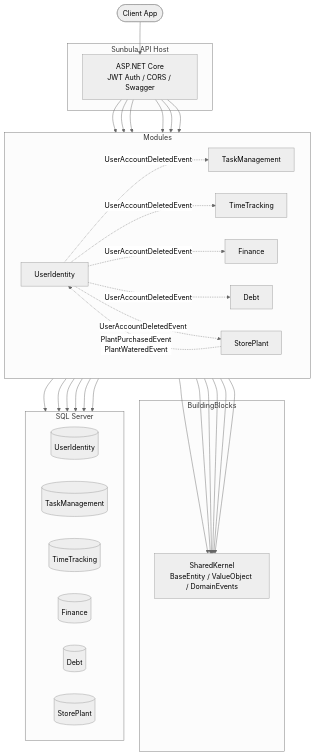
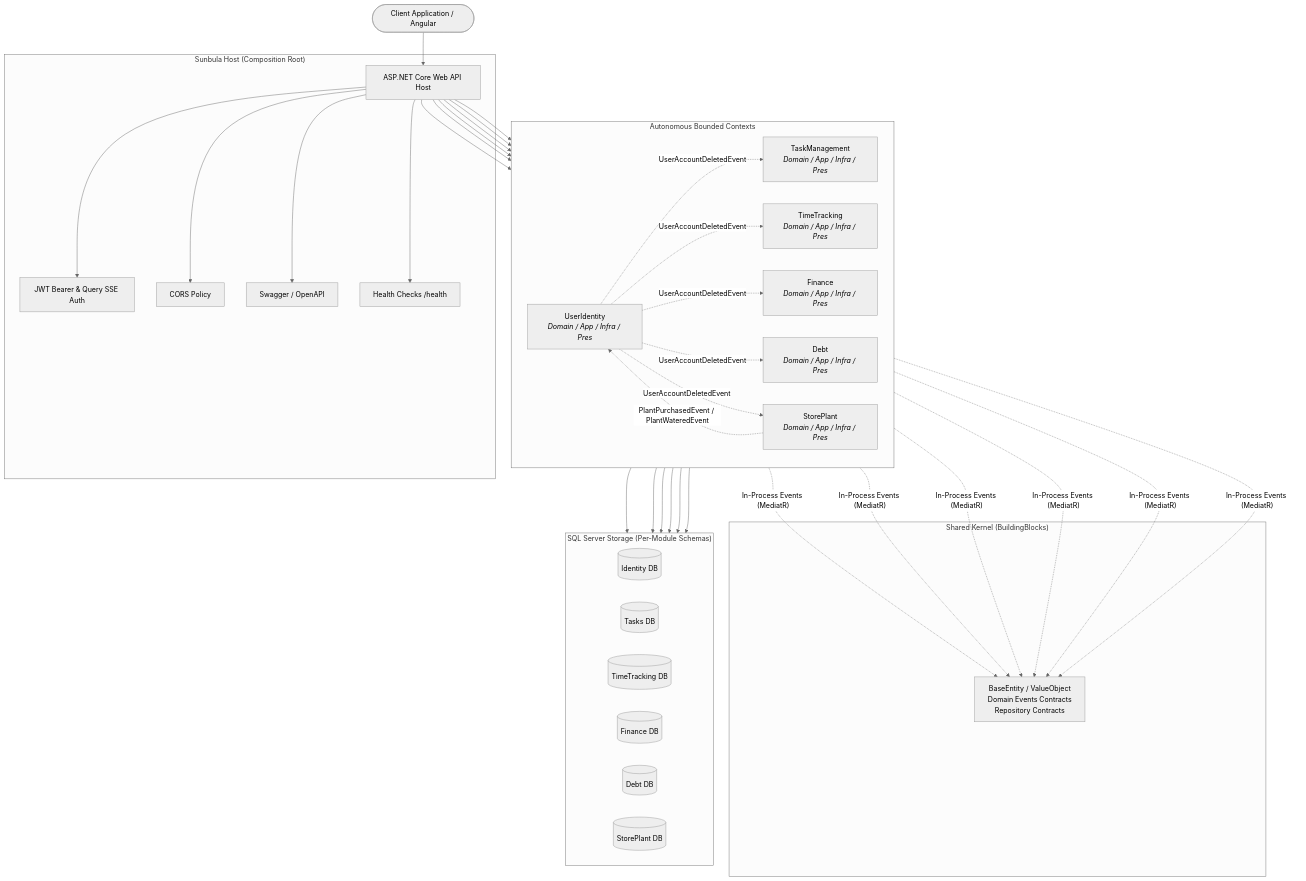
Before and after one commit to hassans22hh-ship-it/SunbulaGraduationProject: the first of 3 diagrams in README.md, drawn with Mermaid (neutral theme). The commit also changed other lines of this file, not shown here.

Commit message:
docs: enhance README with updated project description, architecture overview, and detailed setup instructions

````diff
--- a/README.md
+++ b/README.md
@@ -16,47 +53,47 @@
 ```mermaid
 graph TB
-    Client([Client App]) --> API
+    Client([Client Application / Angular]) --> Gateway[ASP.NET Core Web API Host]
 
-    subgraph API_HOST["Sunbula API Host"]
-        API["ASP.NET Core<br/>JWT Auth / CORS / Swagger"]
+    subgraph HOST["Sunbula Host (Composition Root)"]
+        Gateway --> Auth[JWT Bearer & Query SSE Auth]
+        Gateway --> CORS[CORS Policy]
+        Gateway --> Swagger[Swagger / OpenAPI]
+        Gateway --> Health[Health Checks /health]
     end
 
-    subgraph MODULES["Modules"]
+    subgraph MODULES["Autonomous Bounded Contexts"]
         direction LR
-        UI["UserIdentity"]
-        TM["TaskManagement"]
-        TT["TimeTracking"]
-        FIN["Finance"]
-        DBT["Debt"]
-        PLT["StorePlant"]
+        UI["UserIdentity<br/><i>Domain / App / Infra / Pres</i>"]
+        TM["TaskManagement<br/><i>Domain / App / Infra / Pres</i>"]
+        TT["TimeTracking<br/><i>Domain / App / Infra / Pres</i>"]
+        FIN["Finance<br/><i>Domain / App / Infra / Pres</i>"]
+        DBT["Debt<br/><i>Domain / App / Infra / Pres</i>"]
+        PLT["StorePlant<br/><i>Domain / App / Infra / Pres</i>"]
     end
 
-    subgraph SHARED["BuildingBlocks"]
-        SK["SharedKernel<br/>BaseEntity / ValueObject / DomainEvents"]
+    subgraph SHARED["Shared Kernel (BuildingBlocks)"]
+        SK["BaseEntity / ValueObject<br/>Domain Events Contracts<br/>Repository Contracts"]
     end
 
-    subgraph DB["SQL Server"]
+    subgraph DB["SQL Server Storage (Per-Module Schemas)"]
         direction LR
-        DB_UI[(UserIdentity)]
-        DB_TM[(TaskManagement)]
-        DB_TT[(TimeTracking)]
-        DB_FIN[(Finance)]
-        DB_DBT[(Debt)]
-        DB_PLT[(StorePlant)]
+        D_UI[(Identity DB)]
+        D_TM[(Tasks DB)]
+        D_TT[(TimeTracking DB)]
+        D_FIN[(Finance DB)]
+        D_DBT[(Debt DB)]
+        D_PLT[(StorePlant DB)]
     end
 
-    API --> UI & TM & TT & FIN & DBT & PLT
+    Gateway --> UI & TM & TT & FIN & DBT & PLT
+    UI --> D_UI
+    TM --> D_TM
+    TT --> D_TT
+    FIN --> D_FIN
+    DBT --> D_DBT
+    PLT --> D_PLT
 
-    UI --> DB_UI
-    TM --> DB_TM
-    TT --> DB_TT
-    FIN --> DB_FIN
-    DBT --> DB_DBT
-    PLT --> DB_PLT
-
-    UI & TM & TT & FIN & DBT & PLT --> SK
-
-    %% Actual domain event flows in the codebase
-    UI -. "UserAccountDeletedEvent" .-> TM & TT & FIN & DBT & PLT
-    PLT -. "PlantPurchasedEvent<br/>PlantWateredEvent" .-> UI
+    UI & TM & TT & FIN & DBT & PLT -. In-Process Events (MediatR) .-> SK
+    UI -. UserAccountDeletedEvent .-> TM & TT & FIN & DBT & PLT
+    PLT -. PlantPurchasedEvent / PlantWateredEvent .-> UI
 ```
````
